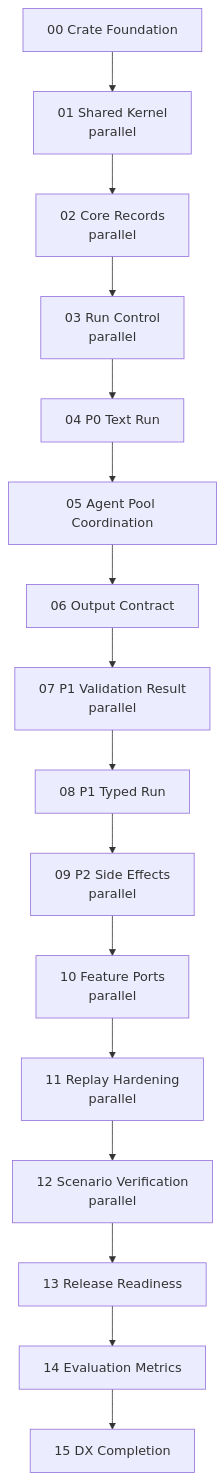
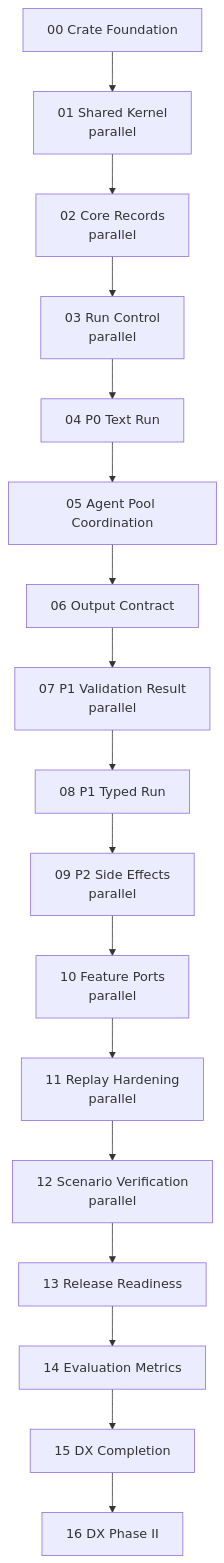
The diagram in docs/implementation-workstreams/README.md (heyclawdia/clawdia_sdk), drawn with Mermaid before and after one commit. The commit also changed other lines of this file and 23 other files, not shown here.

````diff
--- a/docs/implementation-workstreams/README.md
+++ b/docs/implementation-workstreams/README.md
@@ -64,18 +68,19 @@
 ```mermaid
 flowchart TD
   P00["00 Crate Foundation"] --> P01["01 Shared Kernel<br/>parallel"]
   P01 --> P02["02 Core Records<br/>parallel"]
   P02 --> P03["03 Run Control<br/>parallel"]
   P03 --> P04["04 P0 Text Run"]
   P04 --> P05["05 Agent Pool Coordination"]
   P05 --> P06["06 Output Contract"]
   P06 --> P07["07 P1 Validation Result<br/>parallel"]
   P07 --> P08["08 P1 Typed Run"]
   P08 --> P09["09 P2 Side Effects<br/>parallel"]
   P09 --> P10["10 Feature Ports<br/>parallel"]
   P10 --> P11["11 Replay Hardening<br/>parallel"]
   P11 --> P12["12 Scenario Verification<br/>parallel"]
   P12 --> P13["13 Release Readiness"]
   P13 --> P14["14 Evaluation Metrics"]
   P14 --> P15["15 DX Completion"]
+  P15 --> P16["16 DX Phase II"]
 ```
````
